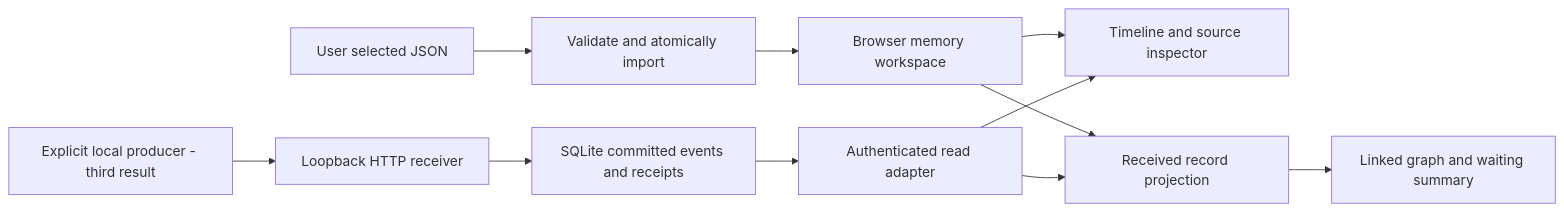
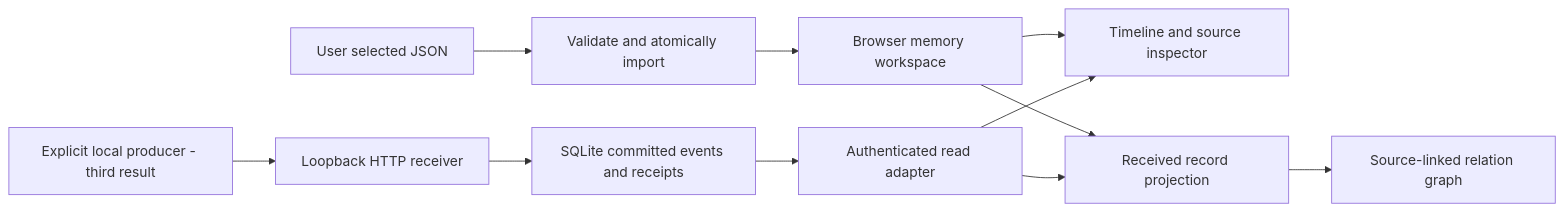
Before and after one commit to damianpetla/agent-work-ledger: the diagram in docs/technical-plan.md, drawn with Mermaid. The commit also changed other lines of this file and 49 other files, not shown here.

Commit message:
Build working D workspace over accepted event graphs

````diff
--- a/docs/technical-plan.md
+++ b/docs/technical-plan.md
@@ -23,13 +23,13 @@
 ```mermaid
 flowchart LR
   File[User selected JSON] --> Import[Validate and atomically import]
   Import --> Memory[Browser memory workspace]
   Memory --> Views[Timeline and source inspector]
   Memory --> Projection[Received record projection]
-  Projection --> Graph[Linked graph and waiting summary]
+  Projection --> Graph[Source-linked relation graph]
   Producer[Explicit local producer - third result] --> Receiver[Loopback HTTP receiver]
   Receiver --> DB[SQLite committed events and receipts]
   DB --> Read[Authenticated read adapter]
   Read --> Views
   Read --> Projection
 ```
````
